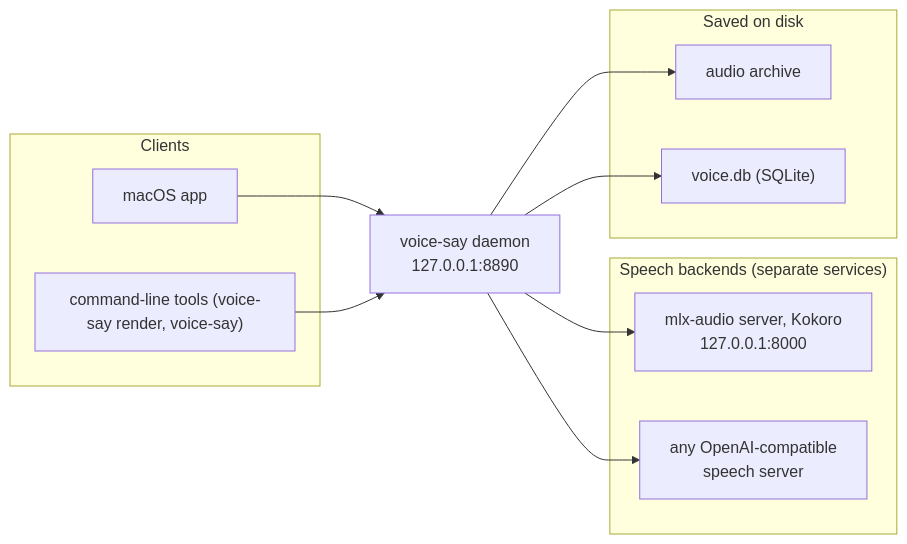
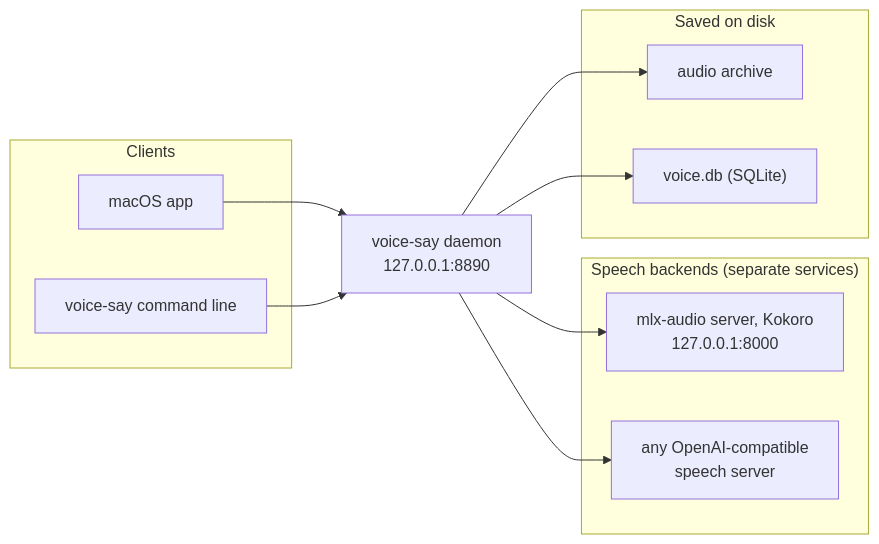
The diagram in docs/README.md (quillrun/voice-say), drawn with Mermaid before and after one commit. The commit also changed other lines of this file and 107 other files, not shown here.

First line of the commit message:
voice-say 2.0.1

````diff
--- a/docs/README.md
+++ b/docs/README.md
@@ -9,28 +9,28 @@
 ```mermaid
 flowchart LR
     subgraph Clients
         APP["macOS app"]
-        CLI["command-line tools (voice-say render, voice-say)"]
+        CLI["voice-say command line"]
     end
 
     DAEMON["voice-say daemon<br/>127.0.0.1:8890"]
 
     subgraph Backends["Speech backends (separate services)"]
         KOKORO["mlx-audio server, Kokoro<br/>127.0.0.1:8000"]
         OTHER["any OpenAI-compatible<br/>speech server"]
     end
 
     subgraph Artefacts["Saved on disk"]
         AUDIO["audio archive"]
         DB["voice.db (SQLite)"]
     end
 
     APP --> DAEMON
     CLI --> DAEMON
 
     DAEMON --> KOKORO
     DAEMON --> OTHER
 
     DAEMON --> AUDIO
     DAEMON --> DB
 ```
````
